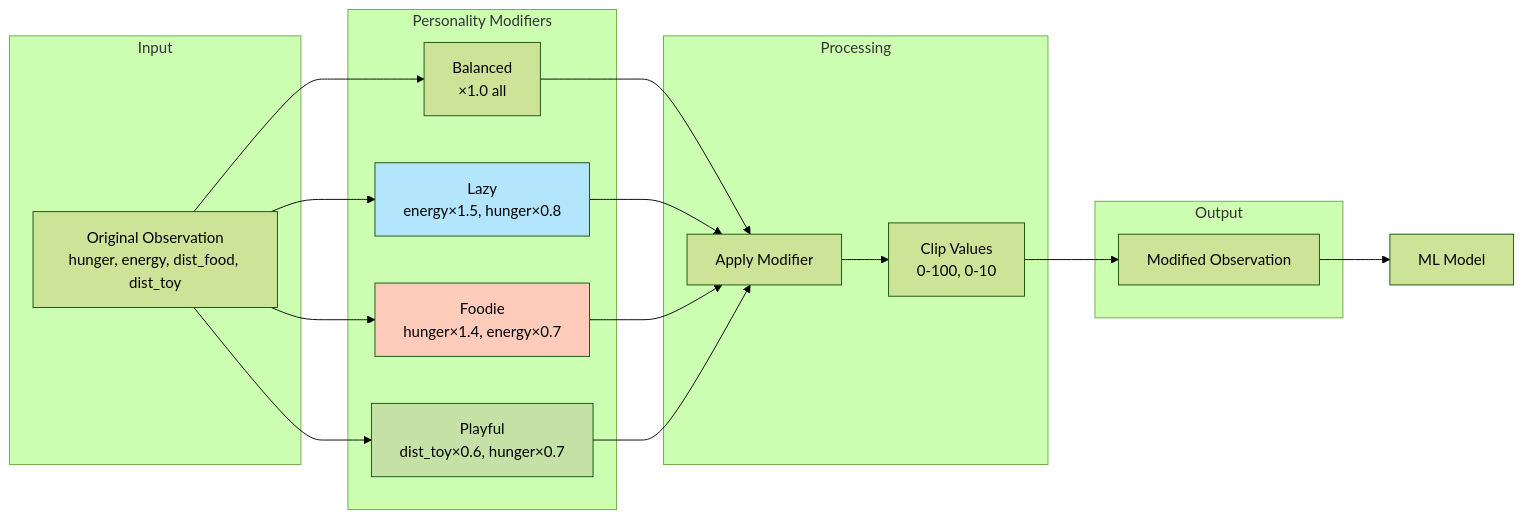
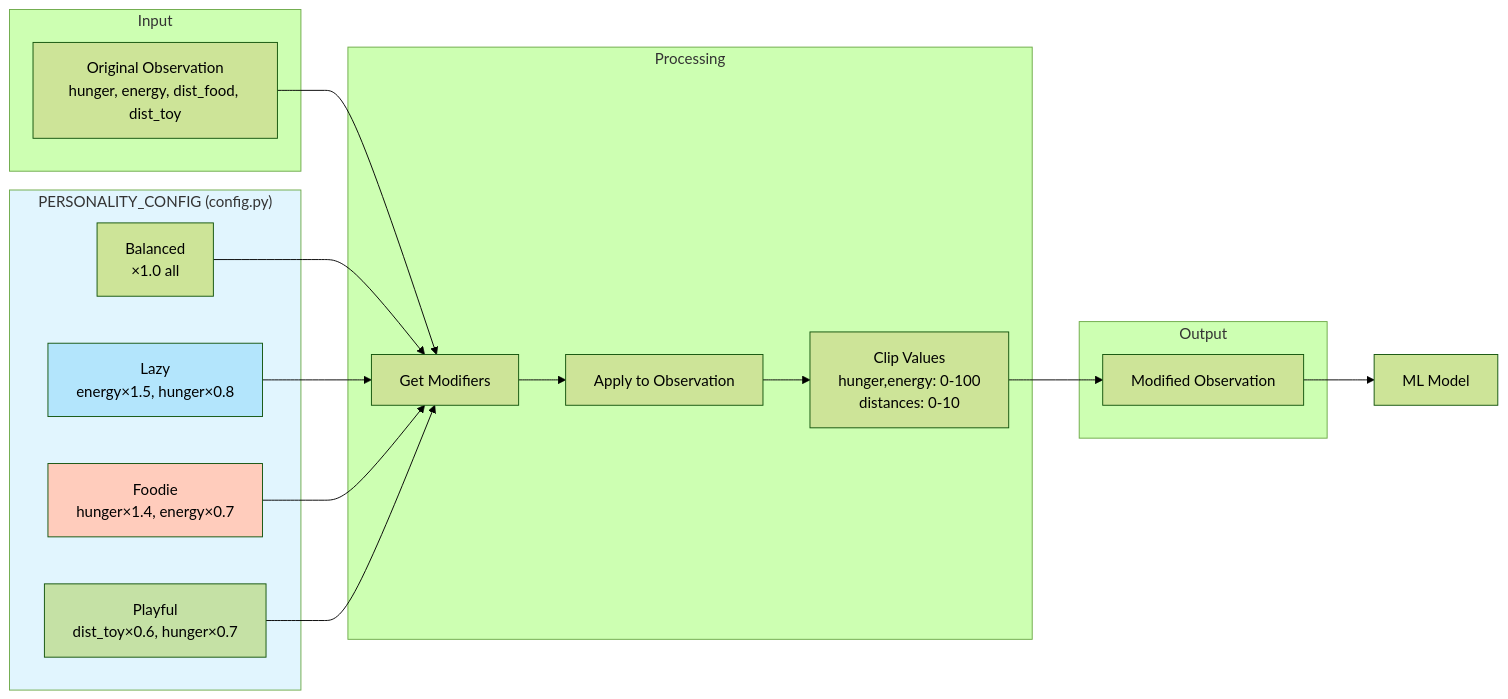
Before and after one commit to tantaneity/cat-brain-service: the fourth of 7 diagrams in README.md, drawn with Mermaid (forest theme). The commit also changed other lines of this file, not shown here.

Commit message:
docs: update diagrams to reflect new architecture

````diff
--- a/README.md
+++ b/README.md
@@ -126,30 +144,32 @@
 ```mermaid
 graph LR
     subgraph Input
         OBS[Original Observation<br/>hunger, energy, dist_food, dist_toy]
     end
     
-    subgraph Modifiers["Personality Modifiers"]
+    subgraph Config["PERSONALITY_CONFIG (config.py)"]
         BALANCED[Balanced<br/>×1.0 all]
         LAZY[Lazy<br/>energy×1.5, hunger×0.8]
         FOODIE[Foodie<br/>hunger×1.4, energy×0.7]
         PLAYFUL[Playful<br/>dist_toy×0.6, hunger×0.7]
     end
     
     subgraph Processing
-        APPLY[Apply Modifier] --> CLIP[Clip Values<br/>0-100, 0-10]
+        GET[Get Modifiers] --> APPLY[Apply to Observation]
+        APPLY --> CLIP[Clip Values<br/>hunger,energy: 0-100<br/>distances: 0-10]
     end
     
     subgraph Output
         MODIFIED[Modified Observation]
     end
     
-    OBS --> BALANCED & LAZY & FOODIE & PLAYFUL
-    BALANCED & LAZY & FOODIE & PLAYFUL --> APPLY
+    OBS --> GET
+    BALANCED & LAZY & FOODIE & PLAYFUL --> GET
     CLIP --> MODIFIED
     MODIFIED --> MODEL[ML Model]
     
+    style Config fill:#e1f5fe
     style LAZY fill:#b3e5fc
     style FOODIE fill:#ffccbc
     style PLAYFUL fill:#c5e1a5
 ```
````
